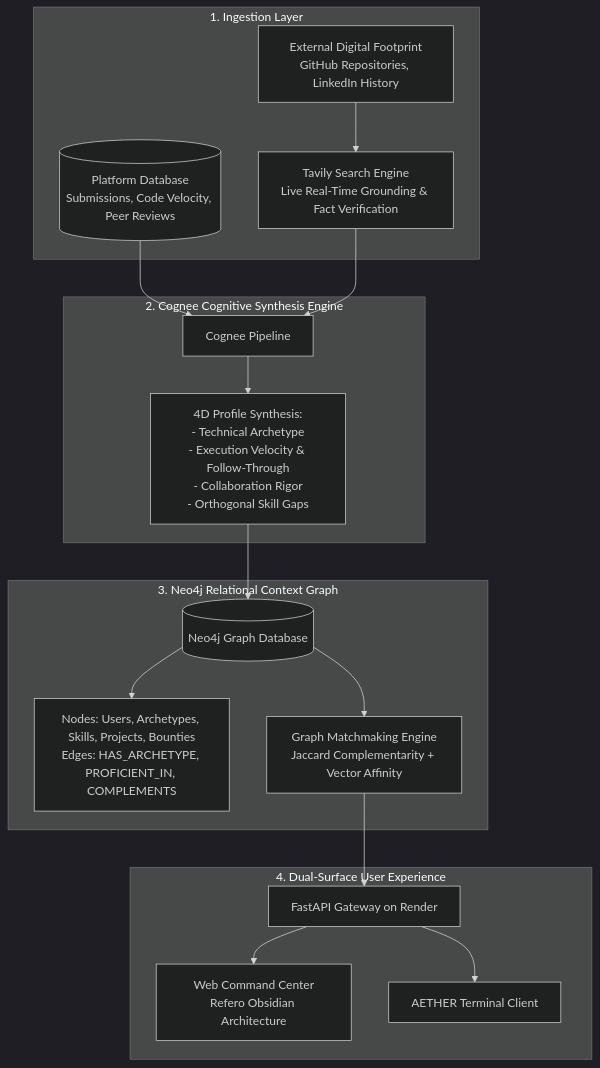
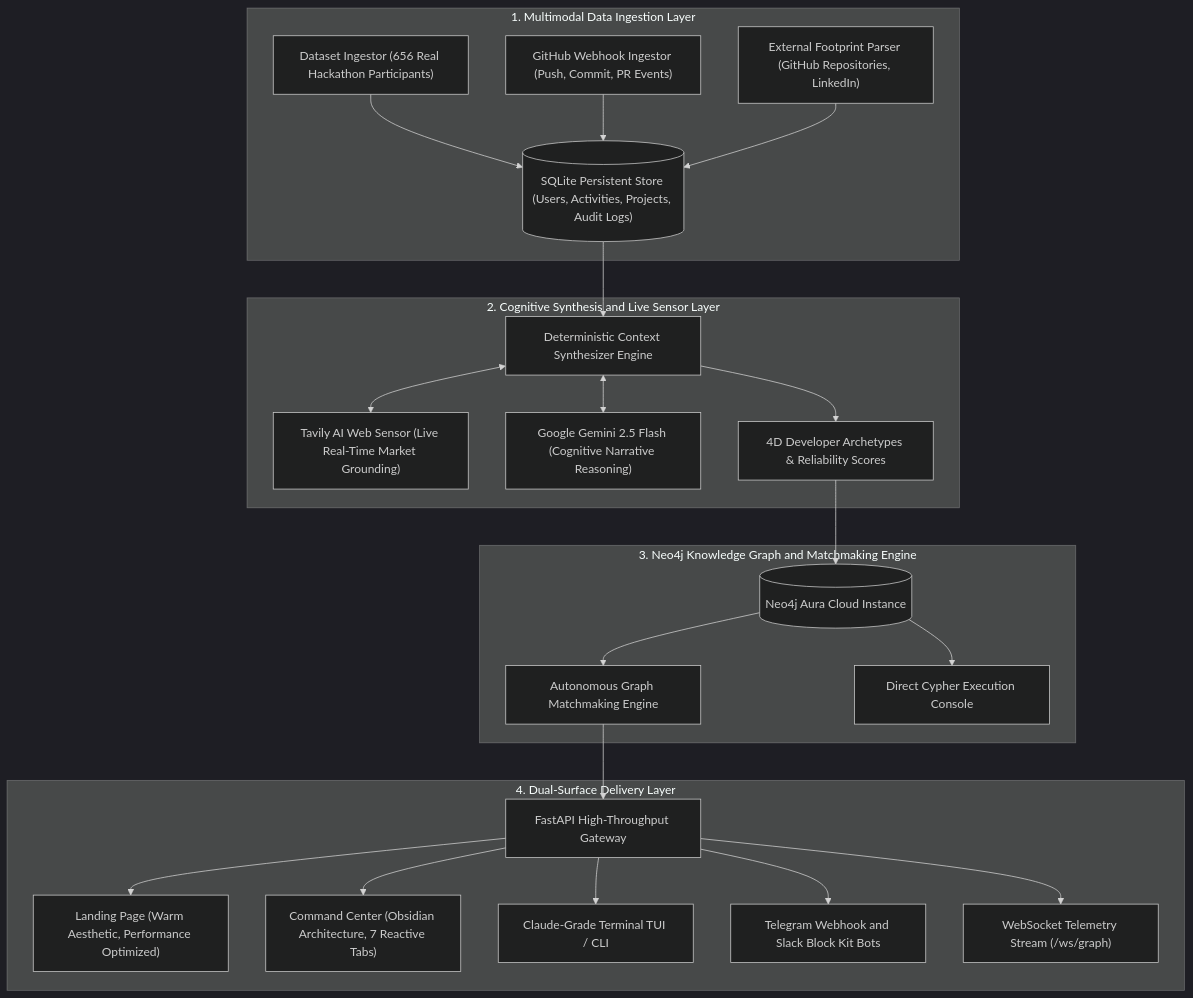
One commit to shashank-tomar0/aether-context changed the first of 2 diagrams in README.md. Above: the diagram before and after it, drawn with Mermaid (dark theme). The commit also changed other lines of this file, not shown here.

Commit message:
docs: formal academic README with zero emojis, LaTeX formulations, and architecture diagrams

````diff
--- a/README.md
+++ b/README.md
@@ -9,27 +11,50 @@
 ```mermaid
 flowchart TD
-    subgraph Data Layer ["1. Ingestion Layer"]
-        RawDB[(Platform Database\nSubmissions, Code Velocity, Peer Reviews)]
-        Web[External Digital Footprint\nGitHub Repositories, LinkedIn History]
-        Tavily[Tavily Search Engine\nLive Real-Time Grounding & Fact Verification]
-        Web --> Tavily
+    subgraph Ingestion ["1. Multimodal Data Ingestion Layer"]
+        CSV["Dataset Ingestor (656 Real Hackathon Participants)"]
+        GitHubWebhook["GitHub Webhook Ingestor (Push, Commit, PR Events)"]
+        ExternalFootprint["External Footprint Parser (GitHub Repositories, LinkedIn)"]
+        PlatformDB[("SQLite Persistent Store (Users, Activities, Projects, Audit Logs)")]
+        
+        CSV --> PlatformDB
+        GitHubWebhook --> PlatformDB
+        ExternalFootprint --> PlatformDB
     end
 
-    subgraph Cognitive Layer ["2. Cognee Cognitive Synthesis Engine"]
-        RawDB --> Cognee[Cognee Pipeline]
-        Tavily --> Cognee
-        Cognee --> Synthesis[4D Profile Synthesis:\n- Technical Archetype\n- Execution Velocity & Follow-Through\n- Collaboration Rigor\n- Orthogonal Skill Gaps]
+    subgraph Cognitive ["2. Cognitive Synthesis and Live Sensor Layer"]
+        Synthesizer["Deterministic Context Synthesizer Engine"]
+        Tavily["Tavily AI Web Sensor (Live Real-Time Market Grounding)"]
+        Gemini["Google Gemini 2.5 Flash (Cognitive Narrative Reasoning)"]
+        
+        PlatformDB --> Synthesizer
+        Synthesizer <--> Tavily
+        Synthesizer <--> Gemini
+        Synthesizer --> Archetypes["4D Developer Archetypes & Reliability Scores"]
     end
 
-    subgraph Topology Layer ["3. Neo4j Relational Context Graph"]
-        Synthesis --> Neo4j[(Neo4j Graph Database)]
-        Neo4j --> Graph[Nodes: Users, Archetypes, Skills, Projects, Bounties\nEdges: HAS_ARCHETYPE, PROFICIENT_IN, COMPLEMENTS]
-        Neo4j --> Engine[Graph Matchmaking Engine\nJaccard Complementarity + Vector Affinity]
+    subgraph Topology ["3. Neo4j Knowledge Graph and Matchmaking Engine"]
+        Neo4j[("Neo4j Aura Cloud Instance")]
+        Matchmaker["Autonomous Graph Matchmaking Engine"]
+        CypherConsole["Direct Cypher Execution Console"]
+        
+        Archetypes --> Neo4j
+        Neo4j --> Matchmaker
+        Neo4j --> CypherConsole
     end
 
-    subgraph Delivery Layer ["4. Dual-Surface User Experience"]
-        Engine --> FastAPIServer[FastAPI Gateway on Render]
-        FastAPIServer --> WebUI[Web Command Center\nRefero Obsidian Architecture]
-        FastAPIServer --> CLI[AETHER Terminal Client]
+    subgraph Delivery ["4. Dual-Surface Delivery Layer"]
+        FastAPI["FastAPI High-Throughput Gateway"]
+        WebLanding["Landing Page (Warm Aesthetic, Performance Optimized)"]
+        CommandCenter["Command Center (Obsidian Architecture, 7 Reactive Tabs)"]
+        TerminalCLI["Claude-Grade Terminal TUI / CLI"]
+        BotIntegrations["Telegram Webhook and Slack Block Kit Bots"]
+        WebSocketStream["WebSocket Telemetry Stream (/ws/graph)"]
+
+        Matchmaker --> FastAPI
+        FastAPI --> WebLanding
+        FastAPI --> CommandCenter
+        FastAPI --> TerminalCLI
+        FastAPI --> BotIntegrations
+        FastAPI --> WebSocketStream
     end
 ```
````
